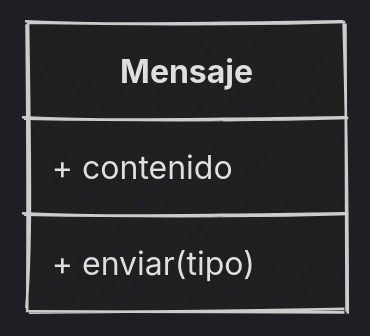
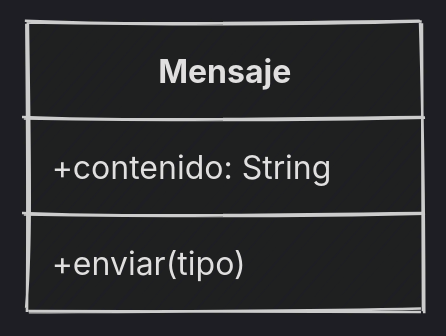
One commit to python-la-paz/python-study-group-oop changed the fifth of 8 diagrams in content/sesion07/Readme.md. Above: the diagram before and after it, drawn with Mermaid. The commit also changed other lines of this file and 1 other file, not shown here.

Commit message:
Add vector diagram image for Sesión 07

````diff
--- a/content/sesion07/Readme.md
+++ b/content/sesion07/Readme.md
@@ -927,8 +975,8 @@
 ```mermaid
 %%{init: {"theme": "dark", "look": "handDrawn"  }}%%
 classDiagram
     class Mensaje {
-        + contenido
-        + enviar(tipo)
+        +contenido: String
+        +enviar(tipo)
     }
 ```
````
